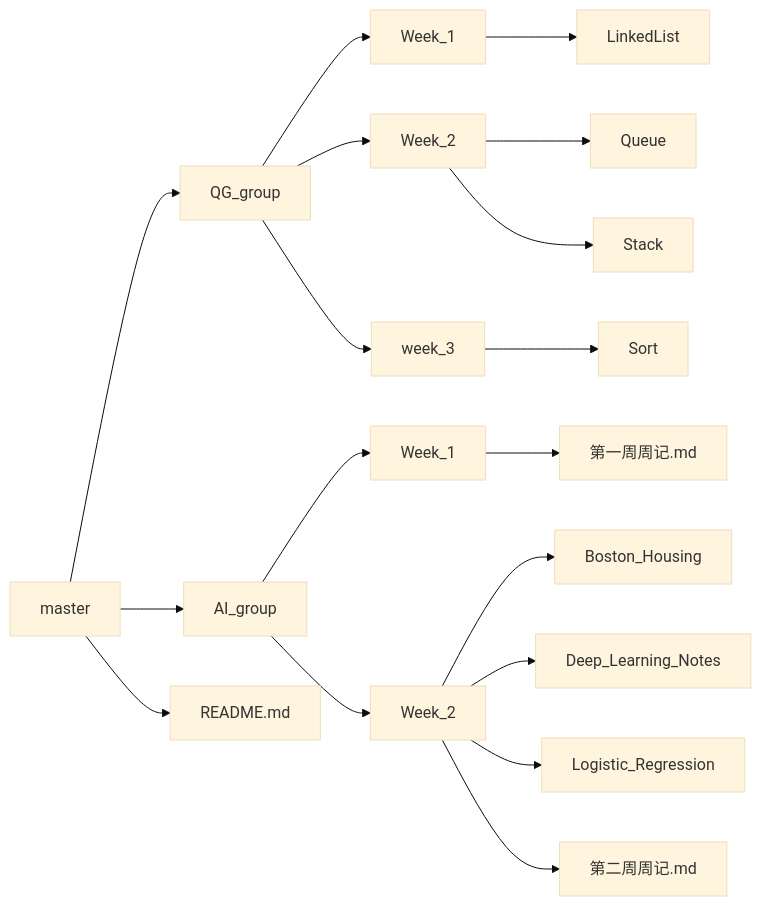
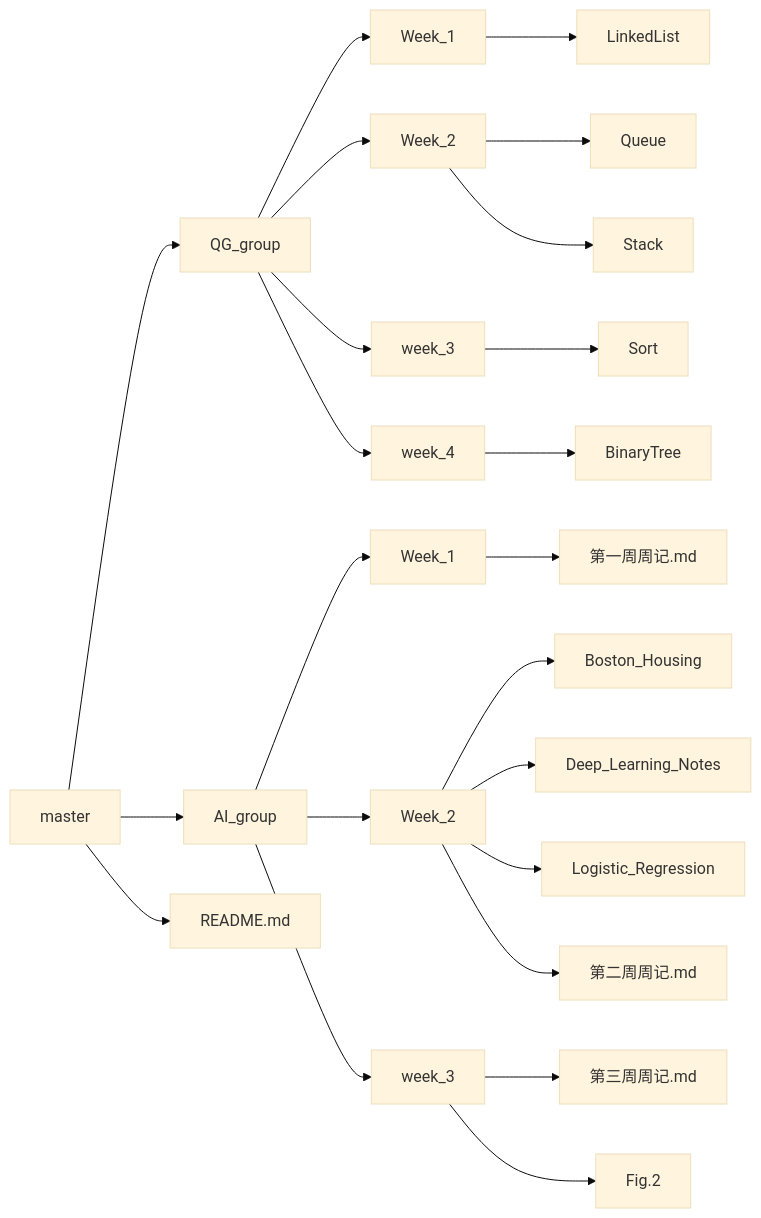
Before and after one commit to sevanthea7/QG_training_camp: the diagram in README.md, drawn with Mermaid (base theme).

````diff
--- a/README.md
+++ b/README.md
@@ -1,20 +1,25 @@
 ```mermaid
 graph LR
 master --> QG_group
 master --> AI_group
 master --> README.md
 QG_group --> 1[Week_1]
 QG_group --> 3[Week_2]
 QG_group --> 5[week_3]
+QG_group --> 7[week_4]
+7 --> BinaryTree
 3[Week_2] --> Queue
 3[Week_2] --> Stack
 1[Week_1] --> LinkedList
 5 --> Sort
 AI_group --> 2[Week_1]
 AI_group --> 4[Week_2]
+AI_group --> 6
 4[Week_2] --> Boston_Housing
 4[Week_2] --> Deep_Learning_Notes
 4[Week_2] --> Logistic_Regression
 4[Week_2] --> 第二周周记.md
 2[Week_1] --> 第一周周记.md
+6[week_3] --> 第三周周记.md
+6 --> Fig.2
 ```
````
